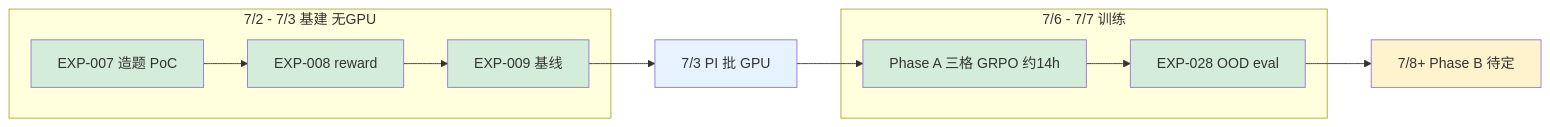
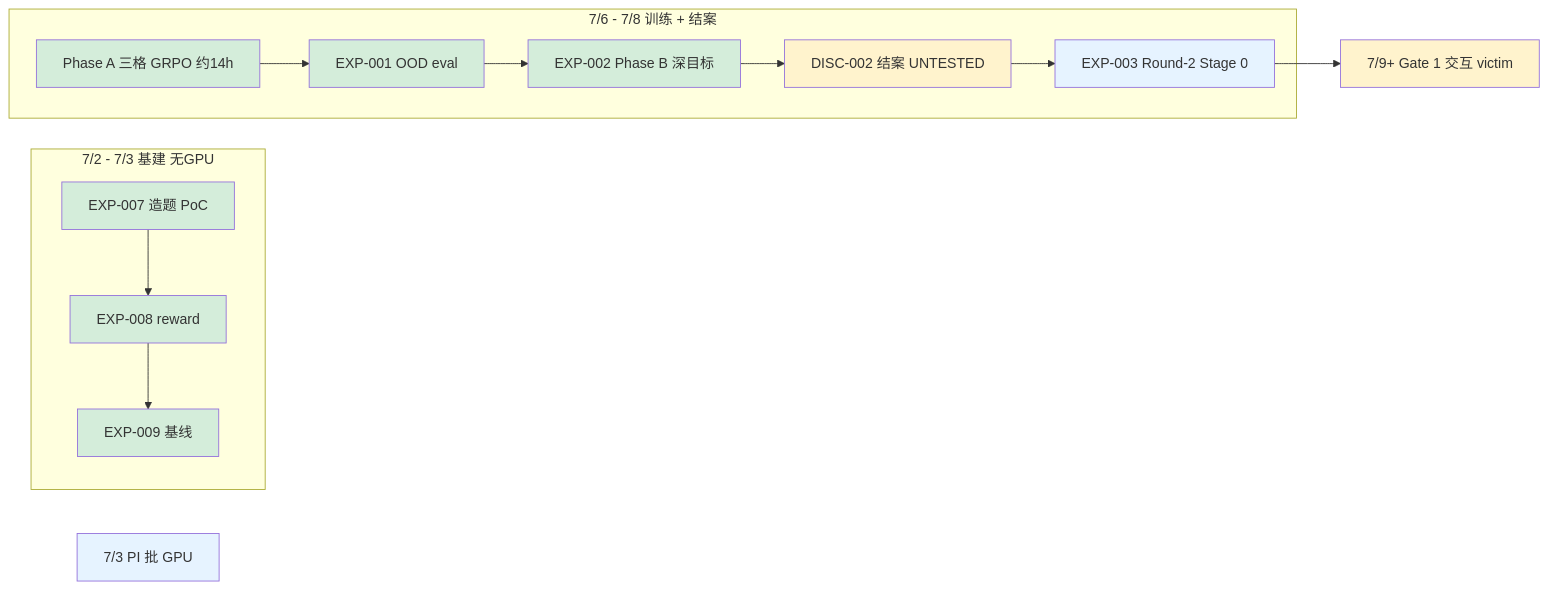
One commit to BoyuanZhu2021/research_2026 changed the fourth of 23 diagrams in LOGS/report_week2.md. Above: the diagram before and after it, drawn with Mermaid. The commit also changed other lines of this file, not shown here.

First line of the commit message:
Update Week 2 report with Phase B, H1 resolution, and Round-2 Stage 0.

````diff
--- a/LOGS/report_week2.md
+++ b/LOGS/report_week2.md
@@ -161,30 +480,35 @@
 ```mermaid
 flowchart LR
     subgraph w27 ["7/2 - 7/3 基建 无GPU"]
         E7["EXP-007 造题 PoC"]
         E8["EXP-008 reward"]
         E9["EXP-009 基线"]
         E7 --> E8 --> E9
     end
 
     M1["7/3 PI 批 GPU"]
 
-    subgraph w28 ["7/6 - 7/7 训练"]
+    subgraph w28 ["7/6 - 7/8 训练 + 结案"]
         PA["Phase A 三格 GRPO 约14h"]
-        EV["EXP-028 OOD eval"]
-        PA --> EV
+        EV["EXP-001 OOD eval"]
+        PB["EXP-002 Phase B 深目标"]
+        CL["DISC-002 结案 UNTESTED"]
+        S0["EXP-003 Round-2 Stage 0"]
+        PA --> EV --> PB --> CL --> S0
     end
 
-    PB["7/8+ Phase B 待定"]
+    G1["7/9+ Gate 1 交互 victim"]
 
-    E9 --> M1 --> PA
-    EV --> PB
+    S0 --> G1
 
     style E7 fill:#d4edda
     style E8 fill:#d4edda
     style E9 fill:#d4edda
     style PA fill:#d4edda
     style EV fill:#d4edda
-    style PB fill:#fff3cd
+    style PB fill:#d4edda
+    style CL fill:#fff3cd
+    style S0 fill:#e6f3ff
+    style G1 fill:#fff3cd
     style M1 fill:#e6f3ff
 ```
````
